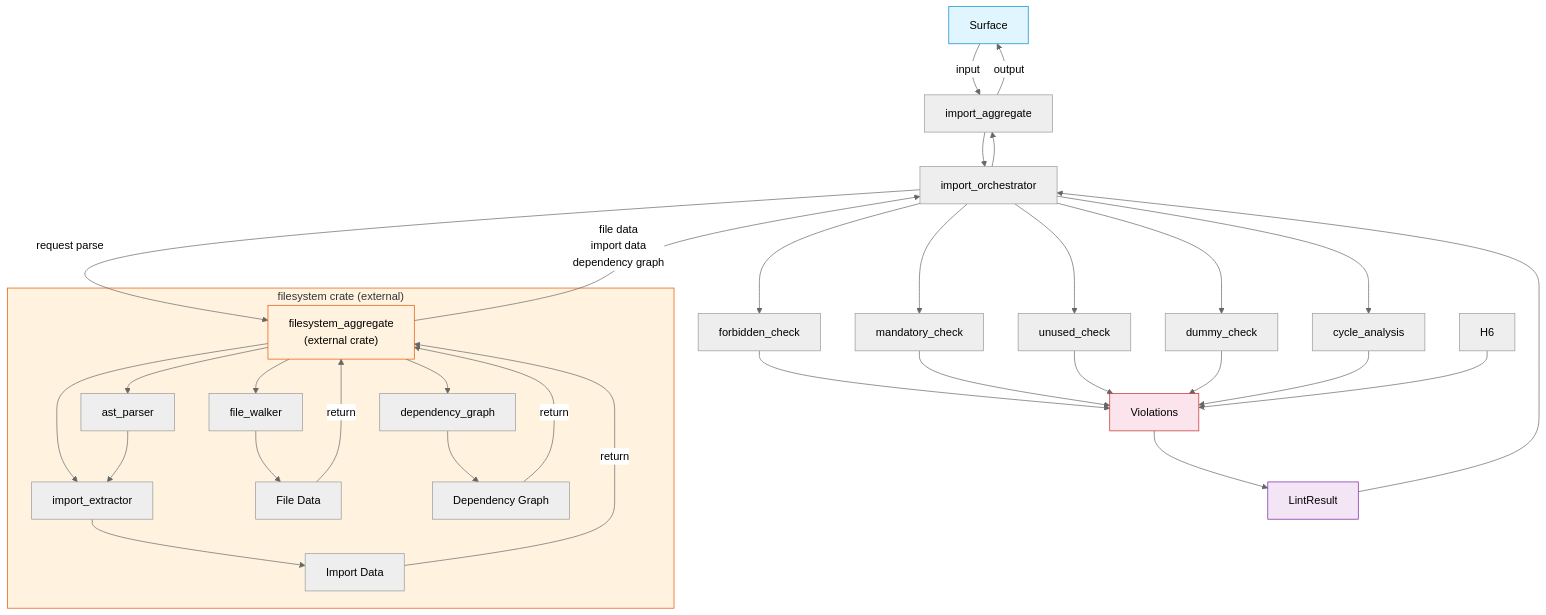
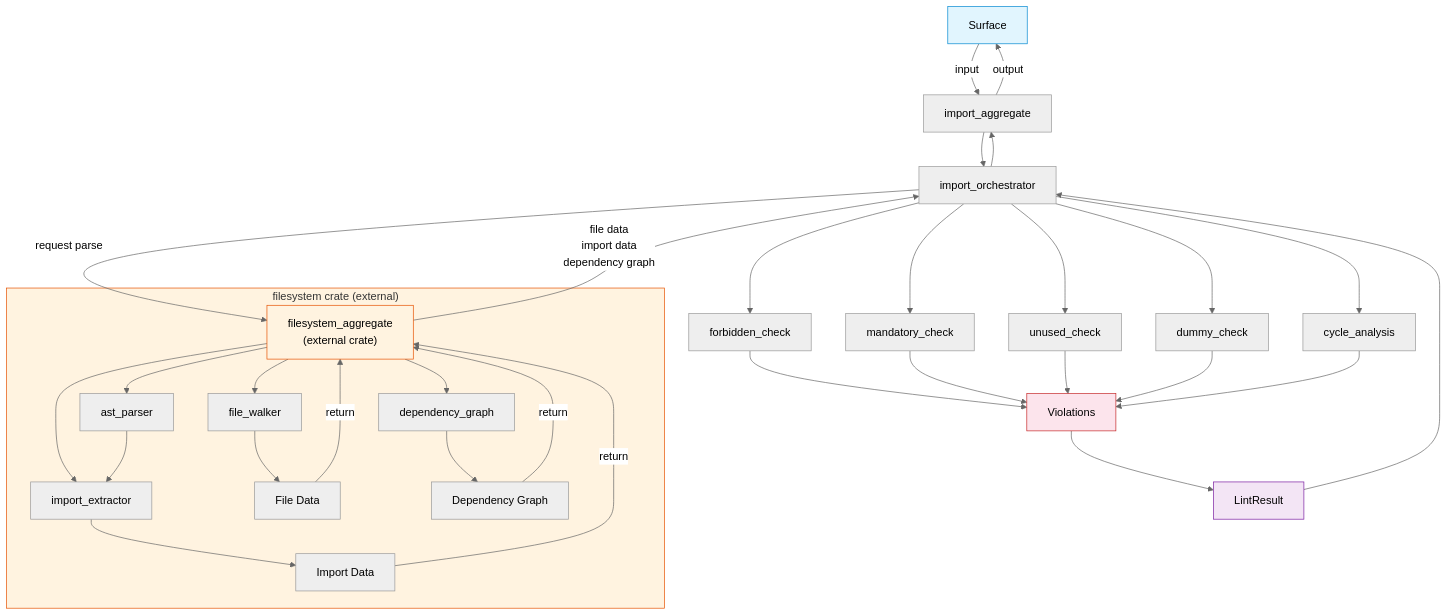
The diagram in crates/import-rules/FRD.md (rakaarwaky/lint-arwaky), drawn with Mermaid (neutral theme) before and after one commit. The commit also changed 29 other files, not shown here.

Commit message:
refactor: update filesystem architecture by injecting FilesystemOrchestrator, re-exporting constants, and expanding parser protocol interfaces.

````diff
--- a/crates/import-rules/FRD.md
+++ b/crates/import-rules/FRD.md
@@ -9,45 +9,45 @@
 ```mermaid
 flowchart TD
     A["Surface"] -->|input| B["import_aggregate"]
     B --> C["import_orchestrator"]
 
     C -->|"request parse"| D["filesystem_aggregate\n(external crate)"]
 
     subgraph FS ["filesystem crate (external)"]
         D --> E1["file_walker"]
         D --> F1["ast_parser"]
         D --> F2["import_extractor"]
         D --> F3["dependency_graph"]
         F1 --> F2
         E1 --> G1["File Data"]
         F2 --> G2["Import Data"]
         F3 --> G3["Dependency Graph"]
     end
 
     G1 -->|"return"| D
     G2 -->|"return"| D
     G3 -->|"return"| D
     D -->|"file data\nimport data\ndependency graph"| C
 
     C --> H1["forbidden_check"]
     C --> H2["mandatory_check"]
     C --> H3["unused_check"]
     C --> H4["dummy_check"]
     C --> H5["cycle_analysis"]
     H1 --> I["Violations"]
     H2 --> I
     H3 --> I
     H4 --> I
     H5 --> I
-    H6 --> I
+
     I --> J["LintResult"]
     J --> C
     C --> B
     B -->|output| A
 
     style A fill:#e1f5fe,stroke:#0288d1
     style FS fill:#fff3e0,stroke:#e65100
     style D fill:#fff3e0,stroke:#e65100
     style I fill:#fce4ec,stroke:#c62828
     style J fill:#f3e5f5,stroke:#7b1fa2
 ```
````
